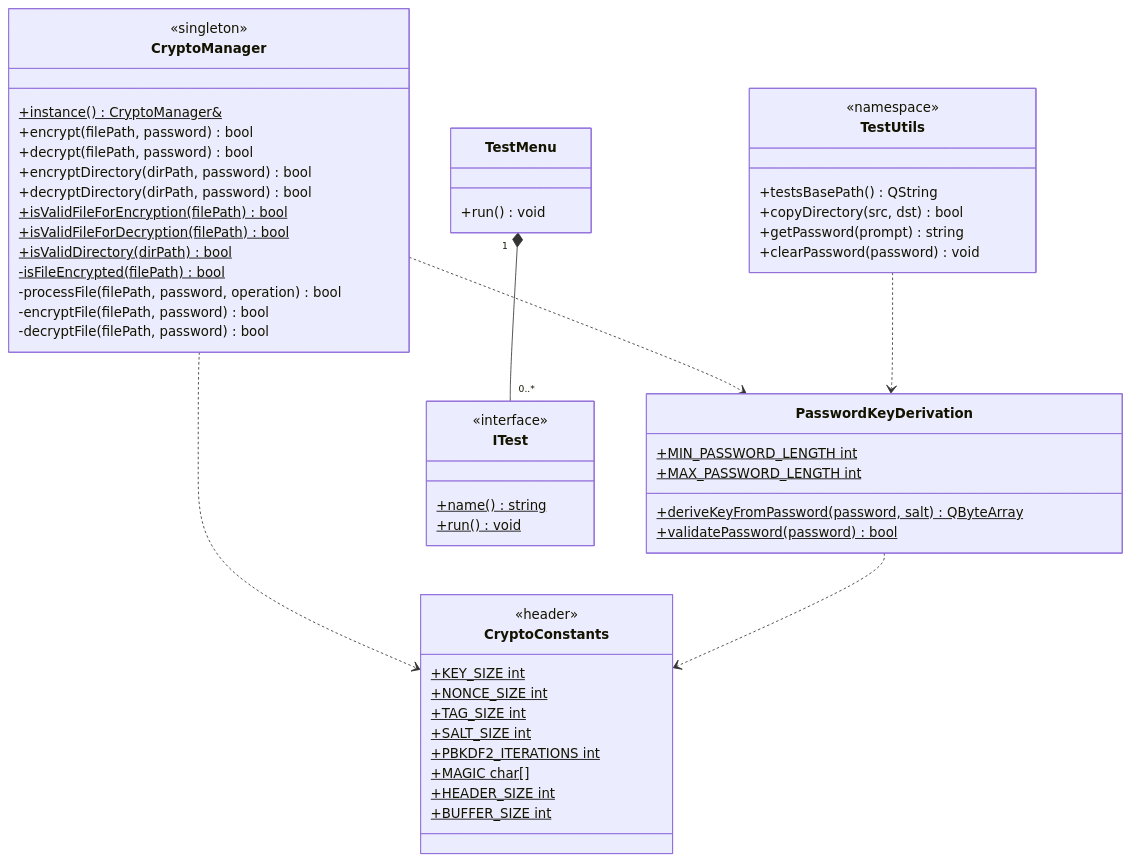
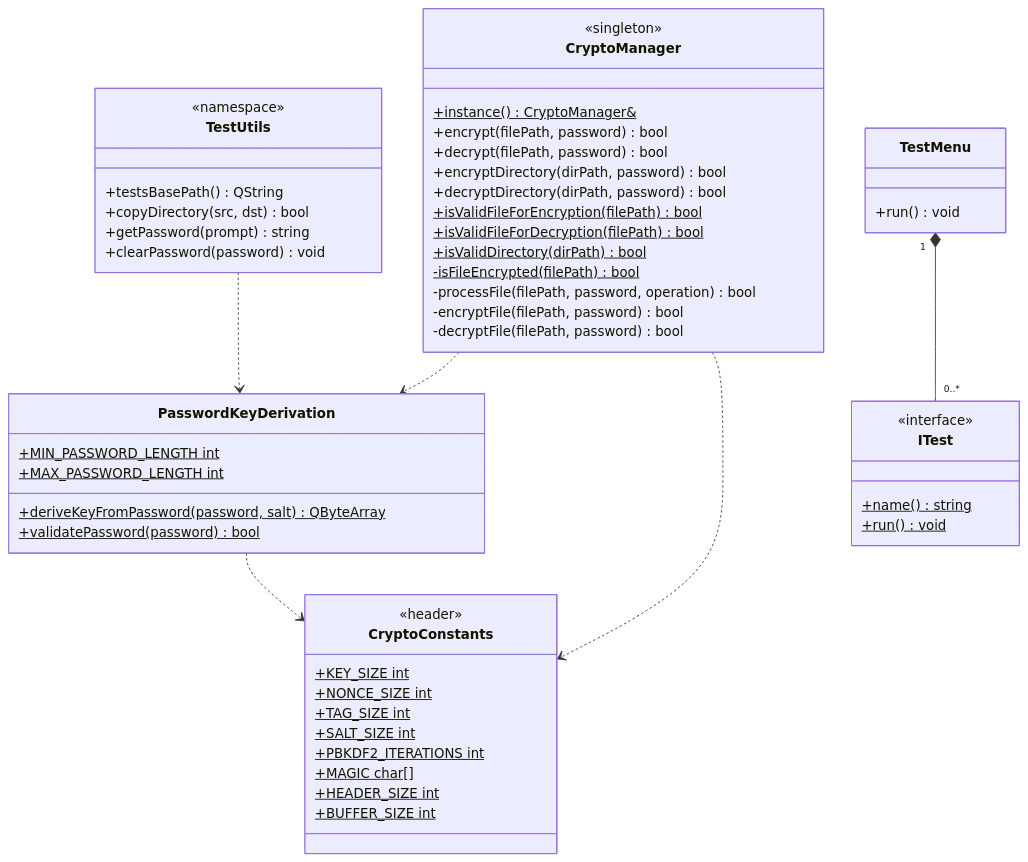
The diagram in README.md (ytochkaa/development_of_information_security_tools), drawn with Mermaid before and after one commit.

Commit message:
UML доработки

````diff
--- a/README.md
+++ b/README.md
@@ -167,62 +167,64 @@
 ```mermaid
 classDiagram
+    direction TB
+
+    class TestUtils {
+        <<namespace>>
+        +testsBasePath() QString
+        +copyDirectory(src, dst) bool
+        +getPassword(prompt) string
+        +clearPassword(password) void
+    }
+
     class CryptoManager {
         <<singleton>>
         +instance() CryptoManager&$
         +encrypt(filePath, password) bool
         +decrypt(filePath, password) bool
         +encryptDirectory(dirPath, password) bool
         +decryptDirectory(dirPath, password) bool
         +isValidFileForEncryption(filePath) bool$
         +isValidFileForDecryption(filePath) bool$
         +isValidDirectory(dirPath) bool$
         -isFileEncrypted(filePath) bool$
         -processFile(filePath, password, operation) bool
         -encryptFile(filePath, password) bool
         -decryptFile(filePath, password) bool
     }
 
     class PasswordKeyDerivation {
         +deriveKeyFromPassword(password, salt) QByteArray$
         +validatePassword(password) bool$
         +MIN_PASSWORD_LENGTH int$
         +MAX_PASSWORD_LENGTH int$
     }
 
     class CryptoConstants {
         <<header>>
         +KEY_SIZE int$
         +NONCE_SIZE int$
         +TAG_SIZE int$
         +SALT_SIZE int$
         +PBKDF2_ITERATIONS int$
         +MAGIC char[]$
         +HEADER_SIZE int$
         +BUFFER_SIZE int$
     }
 
     class TestMenu {
         +run() void
     }
 
     class ITest {
         <<interface>>
         +name() string$
         +run() void$
     }
 
-    class TestUtils {
-        <<namespace>>
-        +testsBasePath() QString
-        +copyDirectory(src, dst) bool
-        +getPassword(prompt) string
-        +clearPassword(password) void
-    }
+    TestUtils ..> PasswordKeyDerivation
+    CryptoManager ..> PasswordKeyDerivation
+    PasswordKeyDerivation ..> CryptoConstants
+    CryptoManager ..> CryptoConstants
 
     TestMenu "1" *-- "0..*" ITest
-
-    CryptoManager ..> PasswordKeyDerivation
-    CryptoManager ..> CryptoConstants
-    PasswordKeyDerivation ..> CryptoConstants
-    TestUtils ..> PasswordKeyDerivation
 ```
````
